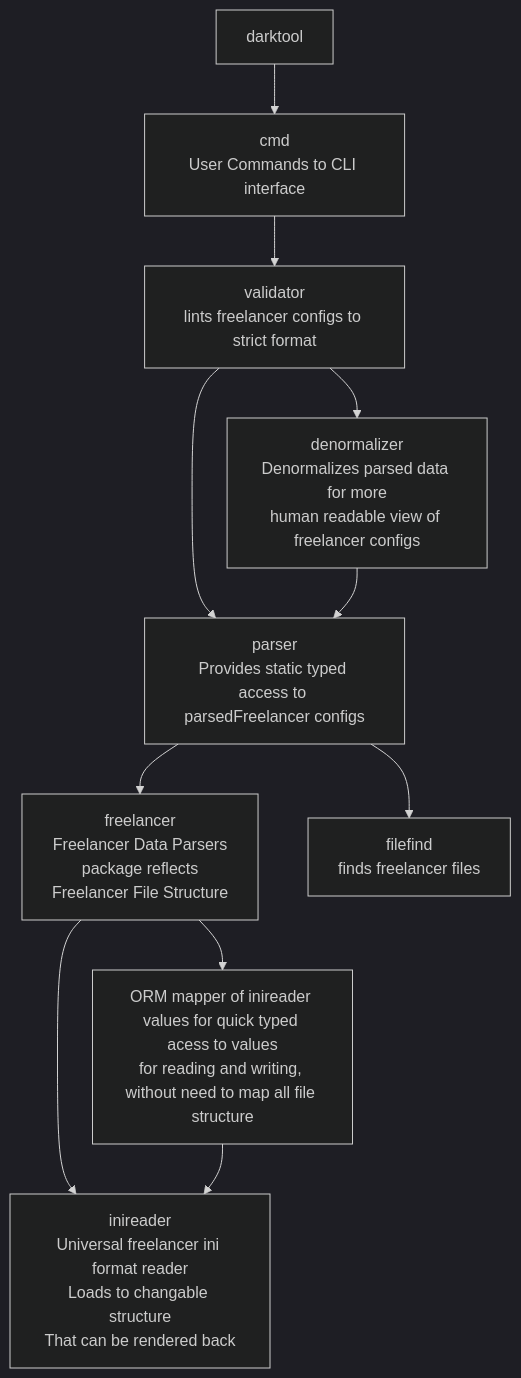
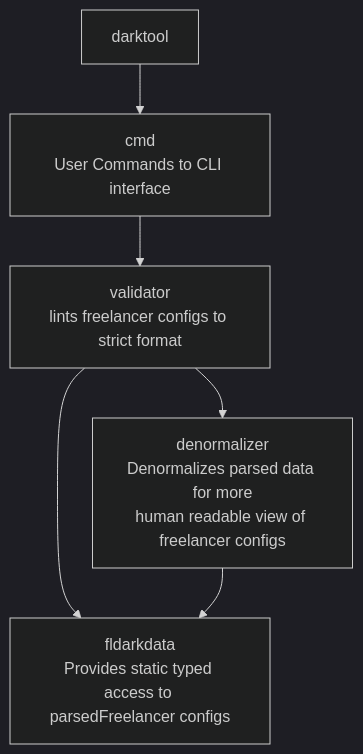
The diagram in README.md (darklab8/fl-darklint), drawn with Mermaid (dark theme) before and after one commit. The commit also changed 2952 other files, not shown here.

Commit message:
refactor: moving game data parser to separate repo

````diff
--- a/README.md
+++ b/README.md
@@ -63,14 +63,9 @@
 ```mermaid
 flowchart TD
     darktool --> cmd
     cmd[cmd\nUser Commands to CLI interface]
     cmd --> validator[validator\nlints freelancer configs to strict format]
-    validator --> parser[parser\nProvides static typed access to parsedFreelancer configs]
-    parser --> freelancer[freelancer\nFreelancer Data Parsers\npackage reflects\nFreelancer File Structure]
+    validator --> fldarkdata[fldarkdata\nProvides static typed access to parsedFreelancer configs]
     validator --> denormalizer[denormalizer\nDenormalizes parsed data for more\nhuman readable view of freelancer configs]
-    denormalizer --> parser
-    parser --> filefind[filefind\nfinds freelancer files]
-    freelancer --> inireader[inireader\nUniversal freelancer ini format reader\nLoads to changable structure\nThat can be rendered back]
-    freelancer --> semantic[ORM mapper of inireader values for quick typed acess to values\nfor reading and writing, without need to map all file structure]
-    semantic --> inireader
+    denormalizer --> fldarkdata
 ```
````
